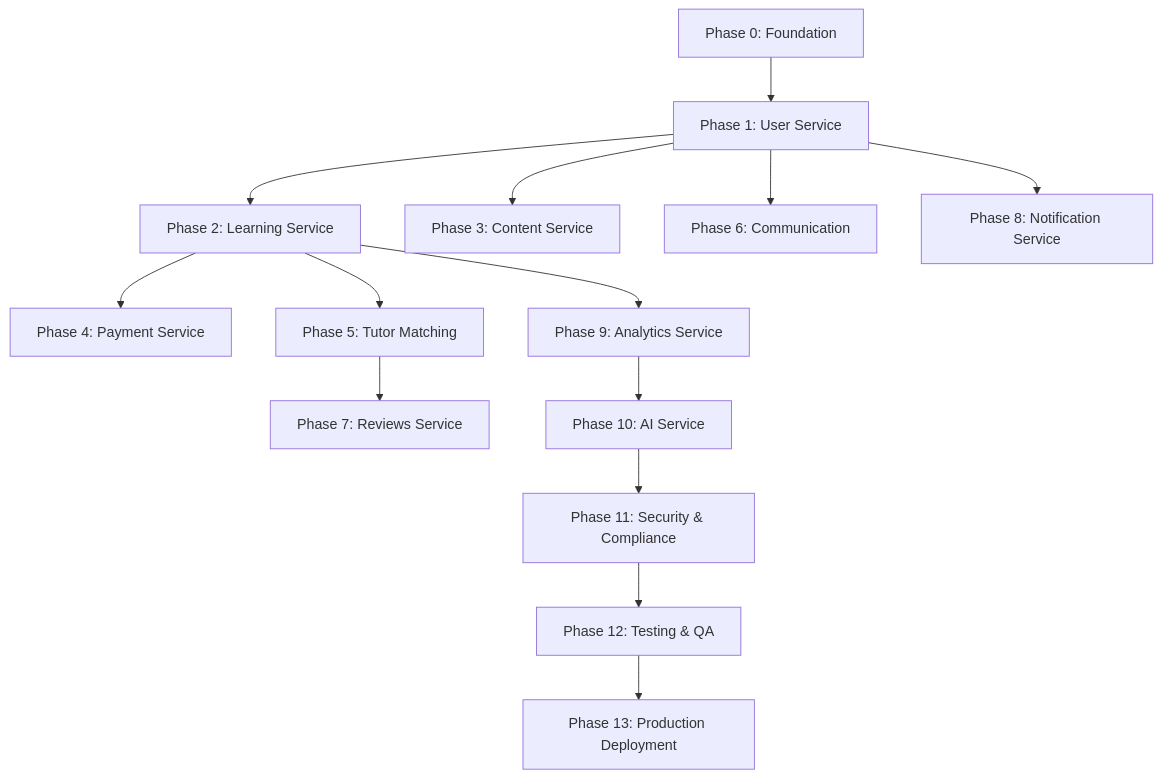
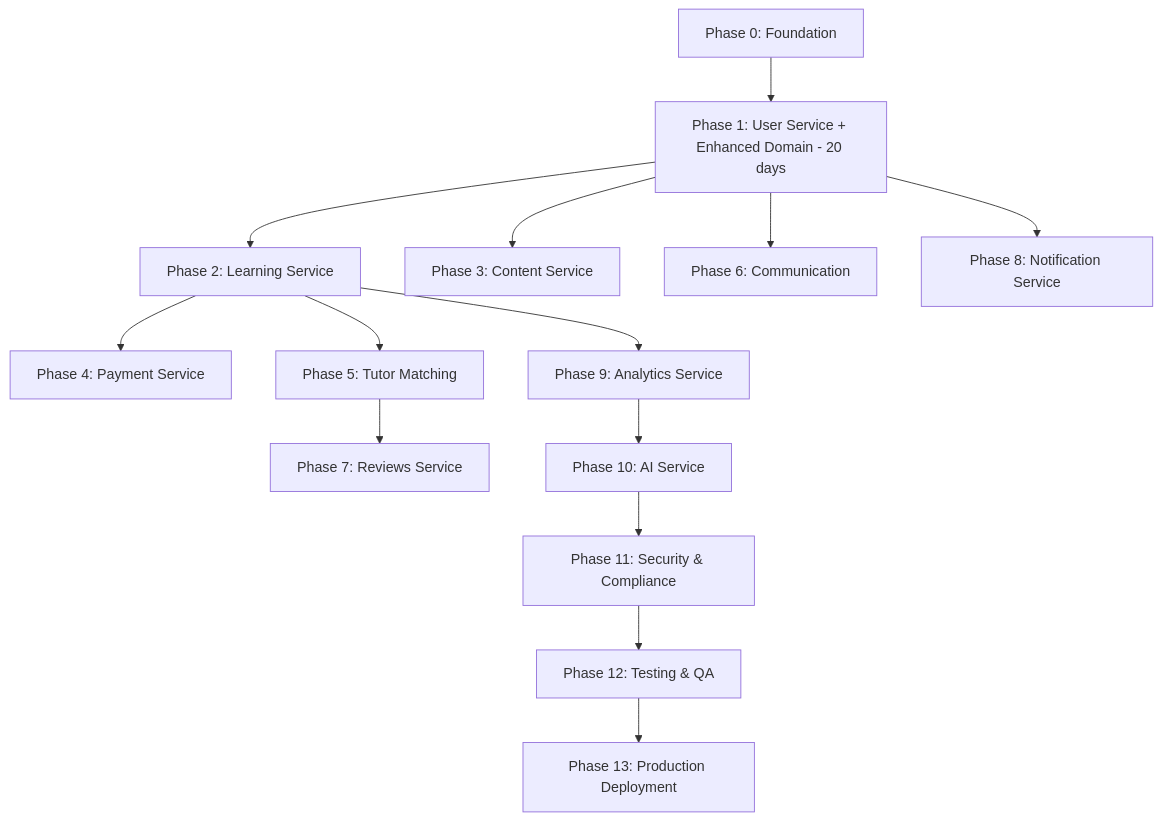
Before and after one commit to PashaNaumencko/edtech-platform-backend: the diagram in .implementation-plan/README.md, drawn with Mermaid. The commit also changed other lines of this file and 26 other files, not shown here.

First line of the commit message:
Update ESLint configuration and enhance user service domain layer

````diff
--- a/.implementation-plan/README.md
+++ b/.implementation-plan/README.md
@@ -425,16 +484,16 @@
 ```mermaid
 graph TD
-    P0[Phase 0: Foundation] --> P1[Phase 1: User Service]
+    P0[Phase 0: Foundation] --> P1[Phase 1: User Service + Enhanced Domain - 20 days]
     P1 --> P2[Phase 2: Learning Service]
     P1 --> P3[Phase 3: Content Service]
     P2 --> P4[Phase 4: Payment Service]
     P2 --> P5[Phase 5: Tutor Matching]
     P1 --> P6[Phase 6: Communication]
     P5 --> P7[Phase 7: Reviews Service]
     P1 --> P8[Phase 8: Notification Service]
     P2 --> P9[Phase 9: Analytics Service]
     P9 --> P10[Phase 10: AI Service]
     P10 --> P11[Phase 11: Security & Compliance]
     P11 --> P12[Phase 12: Testing & QA]
     P12 --> P13[Phase 13: Production Deployment]
 ```
````
